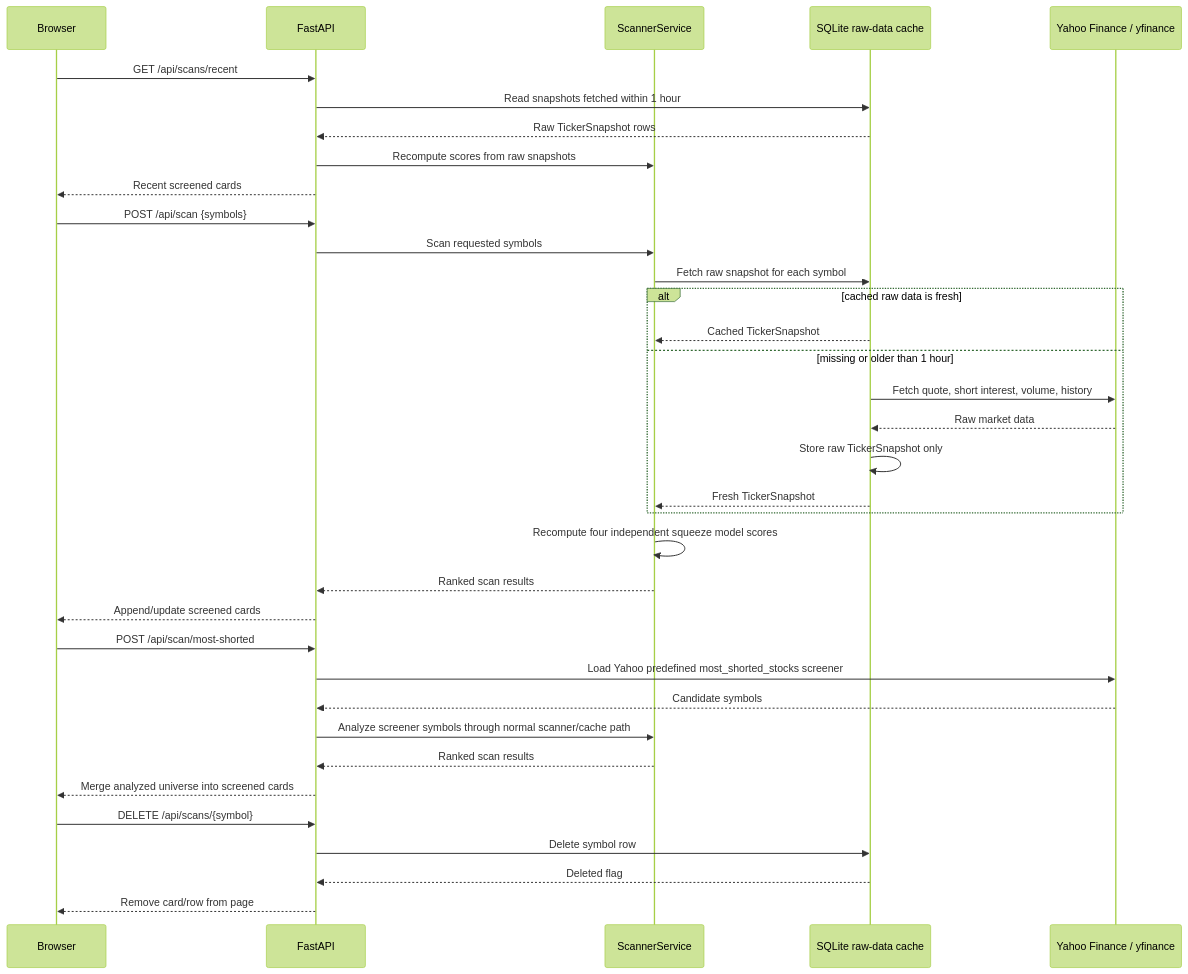
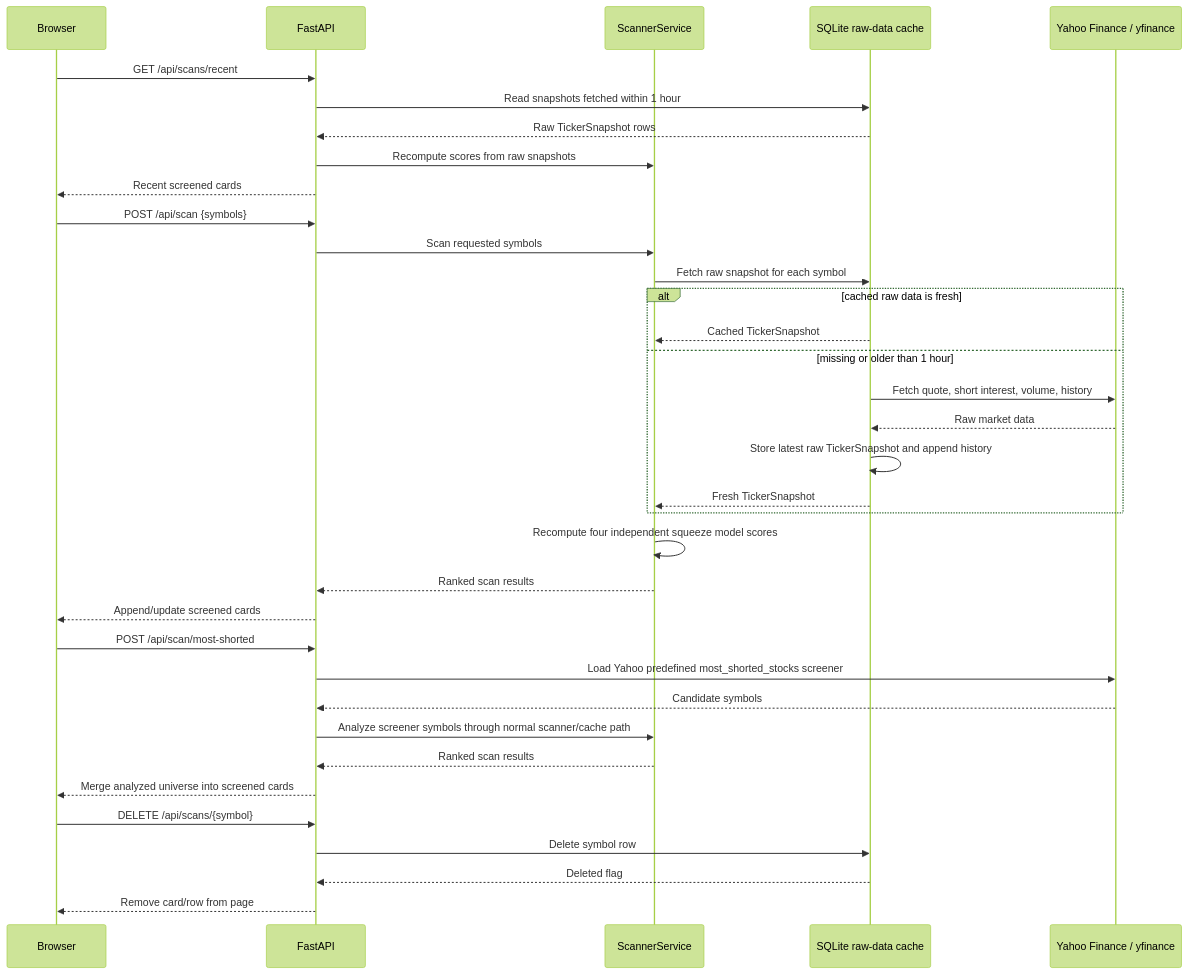
One commit to agorevski/SqueezeScanner changed the second of 2 diagrams in ARCHITECTURE.md. Above: the diagram before and after it, drawn with Mermaid (forest theme). The commit also changed other lines of this file and 7 other files, not shown here.

Commit message:
Add stock result filters and snapshot history

````diff
--- a/ARCHITECTURE.md
+++ b/ARCHITECTURE.md
@@ -28,41 +28,41 @@
 ```mermaid
 sequenceDiagram
     participant Browser
     participant API as FastAPI
     participant Scanner as ScannerService
     participant Cache as SQLite raw-data cache
     participant Yahoo as Yahoo Finance / yfinance
 
     Browser->>API: GET /api/scans/recent
     API->>Cache: Read snapshots fetched within 1 hour
     Cache-->>API: Raw TickerSnapshot rows
     API->>Scanner: Recompute scores from raw snapshots
     API-->>Browser: Recent screened cards
 
     Browser->>API: POST /api/scan {symbols}
     API->>Scanner: Scan requested symbols
     Scanner->>Cache: Fetch raw snapshot for each symbol
     alt cached raw data is fresh
         Cache-->>Scanner: Cached TickerSnapshot
     else missing or older than 1 hour
         Cache->>Yahoo: Fetch quote, short interest, volume, history
         Yahoo-->>Cache: Raw market data
-        Cache->>Cache: Store raw TickerSnapshot only
+        Cache->>Cache: Store latest raw TickerSnapshot and append history
         Cache-->>Scanner: Fresh TickerSnapshot
     end
     Scanner->>Scanner: Recompute four independent squeeze model scores
     Scanner-->>API: Ranked scan results
     API-->>Browser: Append/update screened cards
 
     Browser->>API: POST /api/scan/most-shorted
     API->>Yahoo: Load Yahoo predefined most_shorted_stocks screener
     Yahoo-->>API: Candidate symbols
     API->>Scanner: Analyze screener symbols through normal scanner/cache path
     Scanner-->>API: Ranked scan results
     API-->>Browser: Merge analyzed universe into screened cards
 
     Browser->>API: DELETE /api/scans/{symbol}
     API->>Cache: Delete symbol row
     Cache-->>API: Deleted flag
     API-->>Browser: Remove card/row from page
 ```
````
